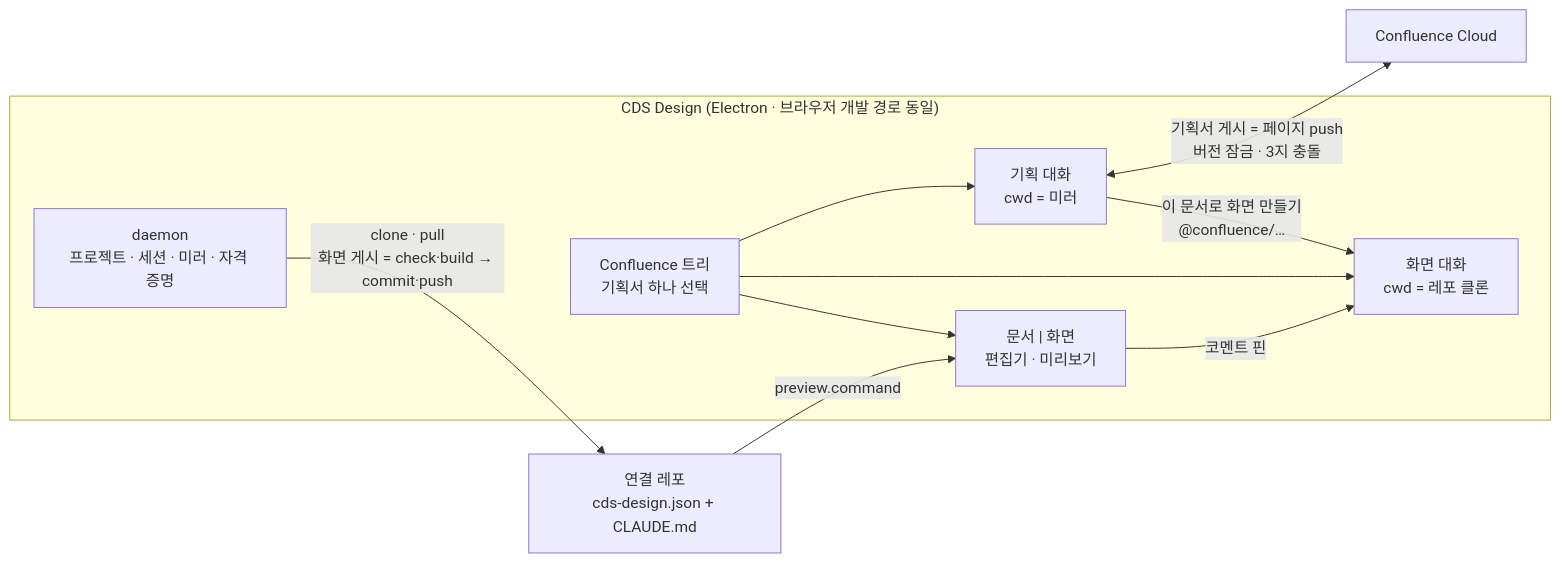
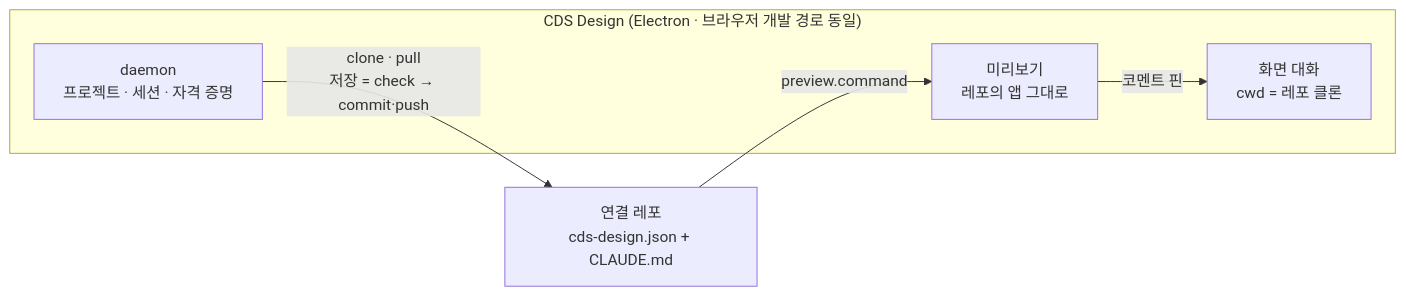
The diagram in README.md (inkwonjung-colosseum/cds-design), drawn with Mermaid before and after one commit. The commit also changed other lines of this file and 110 other files, not shown here.

First line of the commit message:
Confluence 하프 제거 + PLAN: 게이트 넷 · 사이드바 · 프로젝트는 작업 화면에서 — 프로토콜 v9, 홈 ~/.cds-design, reference-repo

````diff
--- a/README.md
+++ b/README.md
@@ -148,20 +112,12 @@
 ```mermaid
 flowchart LR
     subgraph app["CDS Design (Electron · 브라우저 개발 경로 동일)"]
-        tree["Confluence 트리<br/>기획서 하나 선택"]
-        plan["기획 대화<br/>cwd = 미러"]
         design["화면 대화<br/>cwd = 레포 클론"]
-        seg["문서 | 화면<br/>편집기 · 미리보기"]
-        daemon["daemon<br/>프로젝트 · 세션 · 미러 · 자격 증명"]
+        preview["미리보기<br/>레포의 앱 그대로"]
+        daemon["daemon<br/>프로젝트 · 세션 · 자격 증명"]
     end
     repo["연결 레포<br/>cds-design.json + CLAUDE.md"]
-    conf["Confluence Cloud"]
-    tree --> plan
-    tree --> design
-    tree --> seg
-    plan <-->|"기획서 게시 = 페이지 push<br/>버전 잠금 · 3지 충돌"| conf
-    plan -->|"이 문서로 화면 만들기<br/>@confluence/…"| design
-    daemon -->|"clone · pull<br/>화면 게시 = check·build → commit·push"| repo
-    repo -->|"preview.command"| seg
-    seg -->|"코멘트 핀"| design
+    daemon -->|"clone · pull<br/>저장 = check → commit·push"| repo
+    repo -->|"preview.command"| preview
+    preview -->|"코멘트 핀"| design
 ```
````
